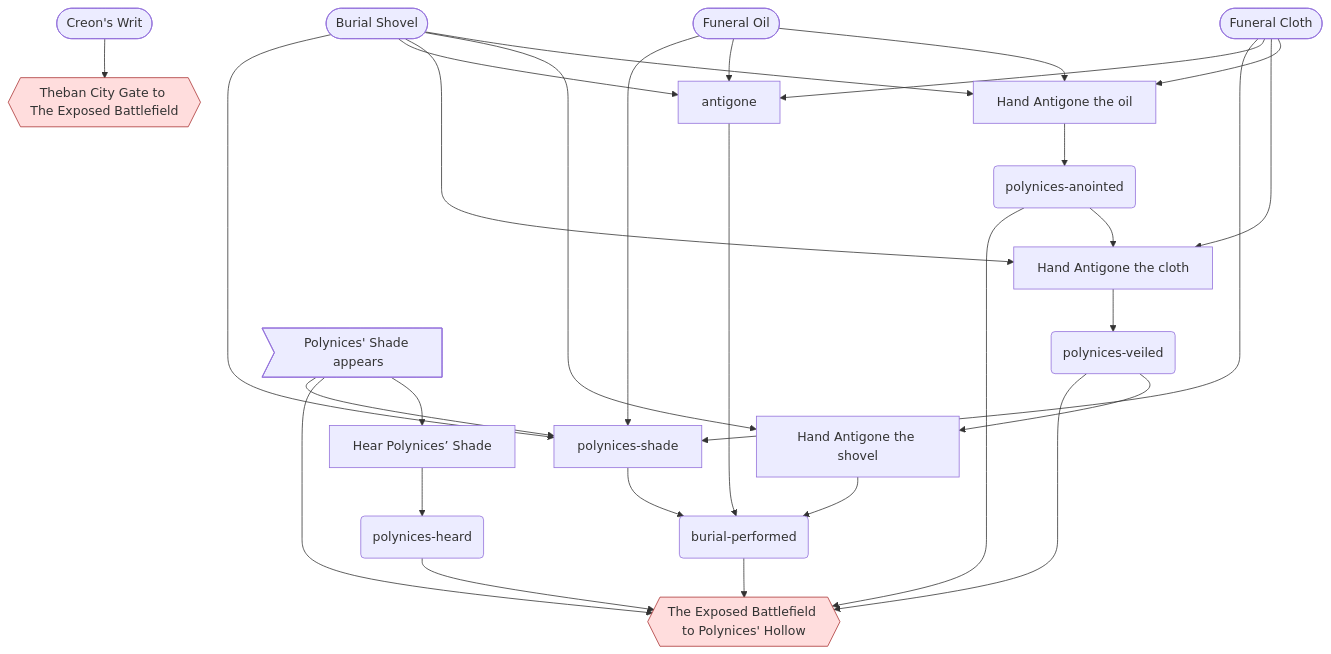
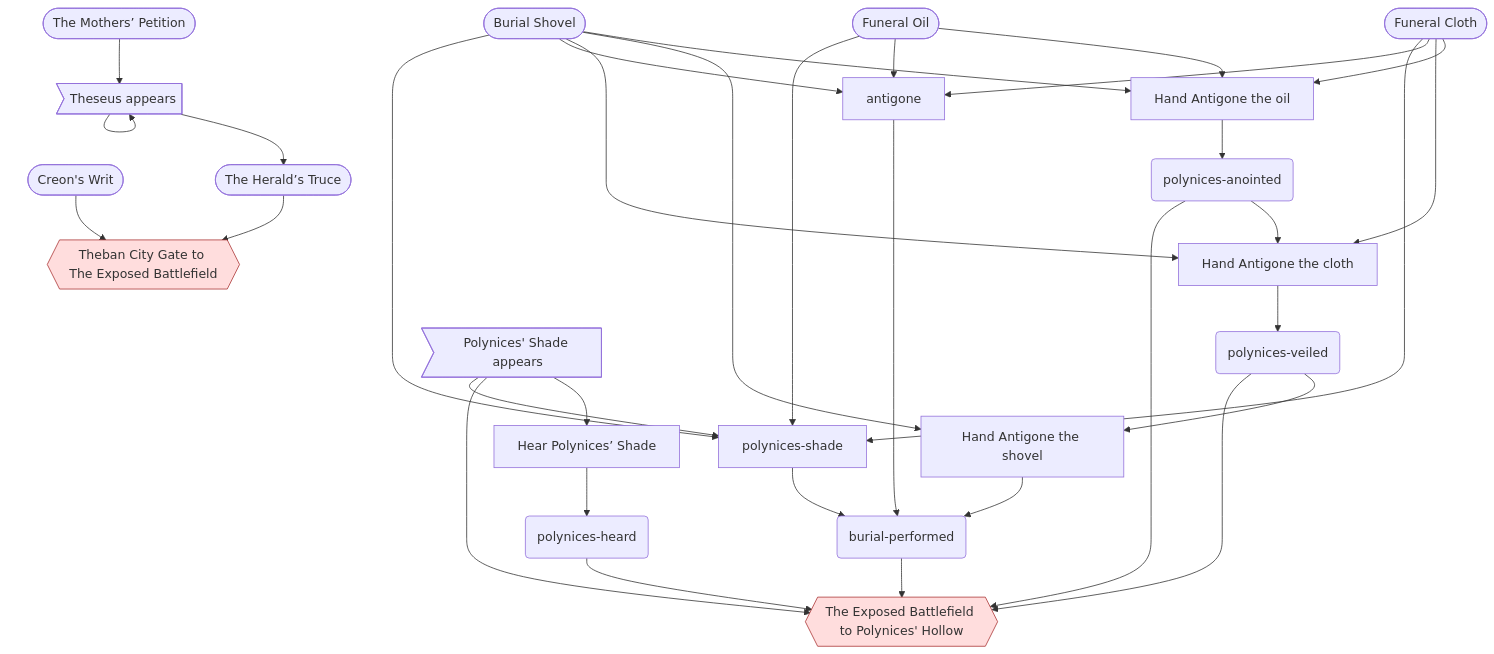
Before and after one commit to cenetex/cosyworld: diagram 11 of 13 in docs/maps/greek-drama.md, drawn with Mermaid. The commit also changed other lines of this file and 13 other files, not shown here.

````diff
--- a/docs/maps/greek-drama.md
+++ b/docs/maps/greek-drama.md
@@ -363,50 +361,57 @@
 ```mermaid
 flowchart TD
   n_act_greek_anoint_polynices["Hand Antigone the oil"]
   n_act_greek_bury_polynices["Hand Antigone the shovel"]
   n_act_greek_hear_polynices["Hear Polynices’ Shade"]
   n_act_greek_shroud_polynices["Hand Antigone the cloth"]
   n_flag_greek_burial_performed("burial-performed")
   n_flag_greek_polynices_anointed("polynices-anointed")
   n_flag_greek_polynices_heard("polynices-heard")
   n_flag_greek_polynices_veiled("polynices-veiled")
+  n_item_greek_burial_petition(["The Mothers’ Petition"])
   n_item_greek_creon_writ(["Creon's Writ"])
   n_item_greek_funeral_cloth(["Funeral Cloth"])
   n_item_greek_oil_flask(["Funeral Oil"])
+  n_item_greek_olive_branch(["The Herald’s Truce"])
   n_item_greek_shovel(["Burial Shovel"])
   n_resident_greek_polynices_shade>"Polynices' Shade appears"]
+  n_resident_greek_theseus>"Theseus appears"]
   n_route_greek_battlefield_greek_polynices_hollow{{"The Exposed Battlefield to Polynices' Hollow"}}
   n_route_greek_gate_greek_battlefield{{"Theban City Gate to The Exposed Battlefield"}}
   n_want_greek_antigone["antigone"]
   n_want_greek_polynices_shade["polynices-shade"]
   n_act_greek_anoint_polynices --> n_flag_greek_polynices_anointed
   n_act_greek_bury_polynices --> n_flag_greek_burial_performed
   n_act_greek_hear_polynices --> n_flag_greek_polynices_heard
   n_act_greek_shroud_polynices --> n_flag_greek_polynices_veiled
   n_flag_greek_burial_performed --> n_route_greek_battlefield_greek_polynices_hollow
   n_flag_greek_polynices_anointed --> n_act_greek_shroud_polynices
   n_flag_greek_polynices_anointed --> n_route_greek_battlefield_greek_polynices_hollow
   n_flag_greek_polynices_heard --> n_route_greek_battlefield_greek_polynices_hollow
   n_flag_greek_polynices_veiled --> n_act_greek_bury_polynices
   n_flag_greek_polynices_veiled --> n_route_greek_battlefield_greek_polynices_hollow
+  n_item_greek_burial_petition --> n_resident_greek_theseus
   n_item_greek_creon_writ --> n_route_greek_gate_greek_battlefield
   n_item_greek_funeral_cloth --> n_act_greek_anoint_polynices
   n_item_greek_funeral_cloth --> n_act_greek_shroud_polynices
   n_item_greek_funeral_cloth --> n_want_greek_antigone
   n_item_greek_funeral_cloth --> n_want_greek_polynices_shade
   n_item_greek_oil_flask --> n_act_greek_anoint_polynices
   n_item_greek_oil_flask --> n_want_greek_antigone
   n_item_greek_oil_flask --> n_want_greek_polynices_shade
+  n_item_greek_olive_branch --> n_route_greek_gate_greek_battlefield
   n_item_greek_shovel --> n_act_greek_anoint_polynices
   n_item_greek_shovel --> n_act_greek_bury_polynices
   n_item_greek_shovel --> n_act_greek_shroud_polynices
   n_item_greek_shovel --> n_want_greek_antigone
   n_item_greek_shovel --> n_want_greek_polynices_shade
   n_resident_greek_polynices_shade --> n_act_greek_hear_polynices
   n_resident_greek_polynices_shade --> n_route_greek_battlefield_greek_polynices_hollow
   n_resident_greek_polynices_shade --> n_want_greek_polynices_shade
+  n_resident_greek_theseus --> n_item_greek_olive_branch
+  n_resident_greek_theseus --> n_resident_greek_theseus
   n_want_greek_antigone --> n_flag_greek_burial_performed
   n_want_greek_polynices_shade --> n_flag_greek_burial_performed
   classDef gate fill:#fdd,stroke:#a33
   class n_route_greek_battlefield_greek_polynices_hollow,n_route_greek_gate_greek_battlefield gate
 ```
````
